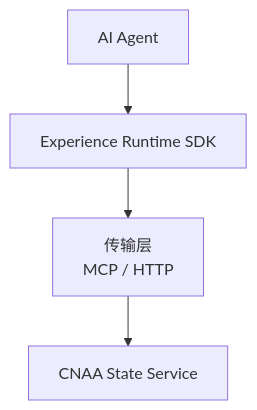
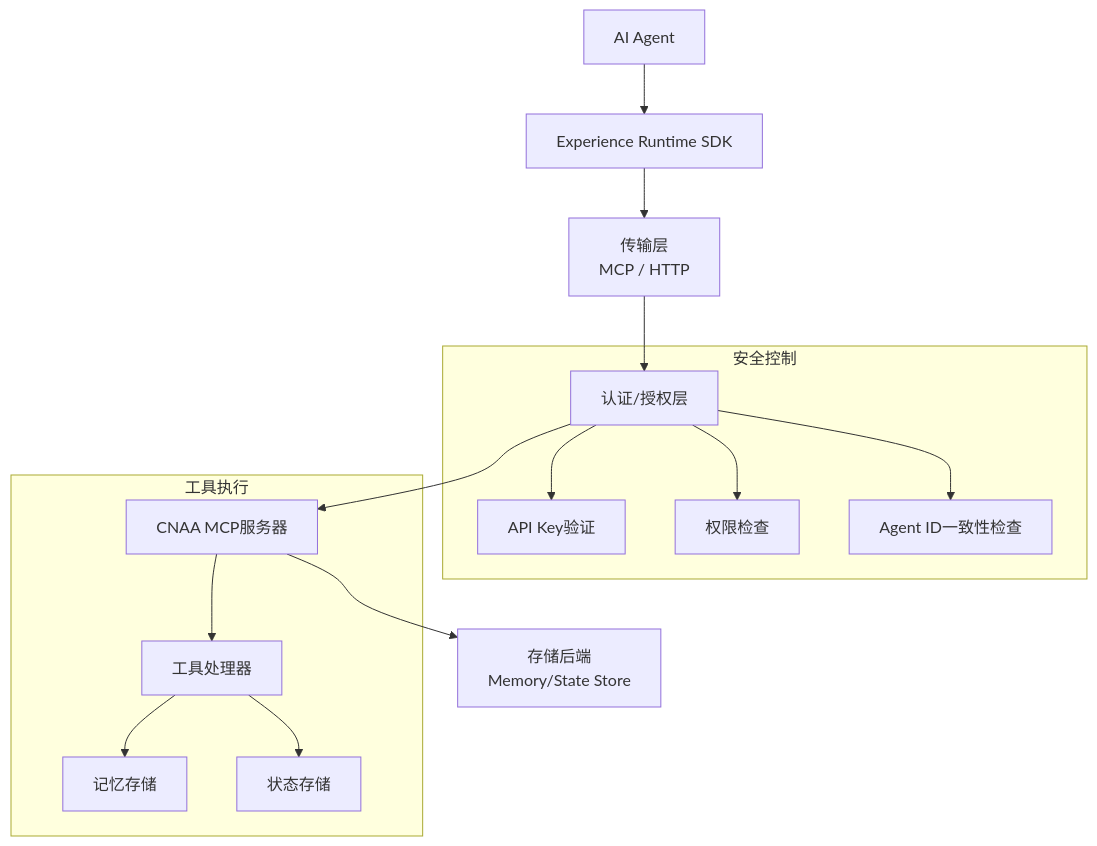
One commit to lgx236/CNAA-Cloud-Native-Agent-Architecture- changed the first of 3 diagrams in .qoder/repowiki/zh/content/API参考/MCP协议.md. Above: the diagram before and after it, drawn with Mermaid. The commit also changed other lines of this file and 98 other files, not shown here.

Commit message:
feat: Add cloud-local distributed architecture configuration & deployment docs

````diff
--- a/.qoder/repowiki/zh/content/API参考/MCP协议.md
+++ b/.qoder/repowiki/zh/content/API参考/MCP协议.md
@@ -27,6 +44,18 @@
 ```mermaid
 graph TB
 Agent["AI Agent"] --> SDK["Experience Runtime SDK"]
 SDK --> Transport["传输层<br/>MCP / HTTP"]
-Transport --> StateSvc["CNAA State Service"]
+Transport --> Auth["认证/授权层"]
+Auth --> Server["CNAA MCP服务器"]
+Server --> Storage["存储后端<br/>Memory/State Store"]
+subgraph "安全控制"
+Auth --> Validate["API Key验证"]
+Auth --> Permission["权限检查"]
+Auth --> AgentCheck["Agent ID一致性检查"]
+end
+subgraph "工具执行"
+Server --> ToolHandlers["工具处理器"]
+ToolHandlers --> MemoryStore["记忆存储"]
+ToolHandlers --> StateStore["状态存储"]
+end
 ```
````
